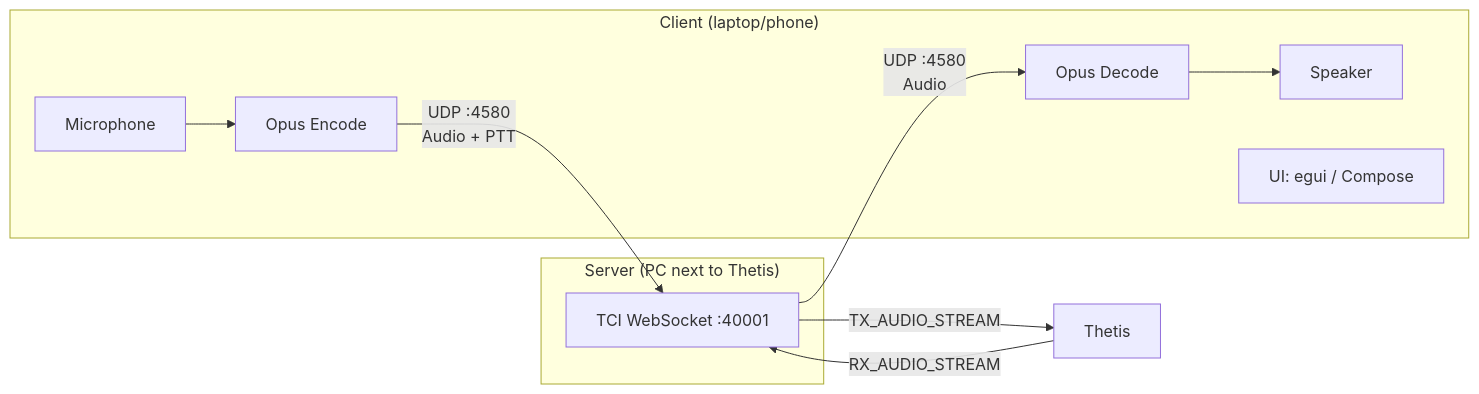
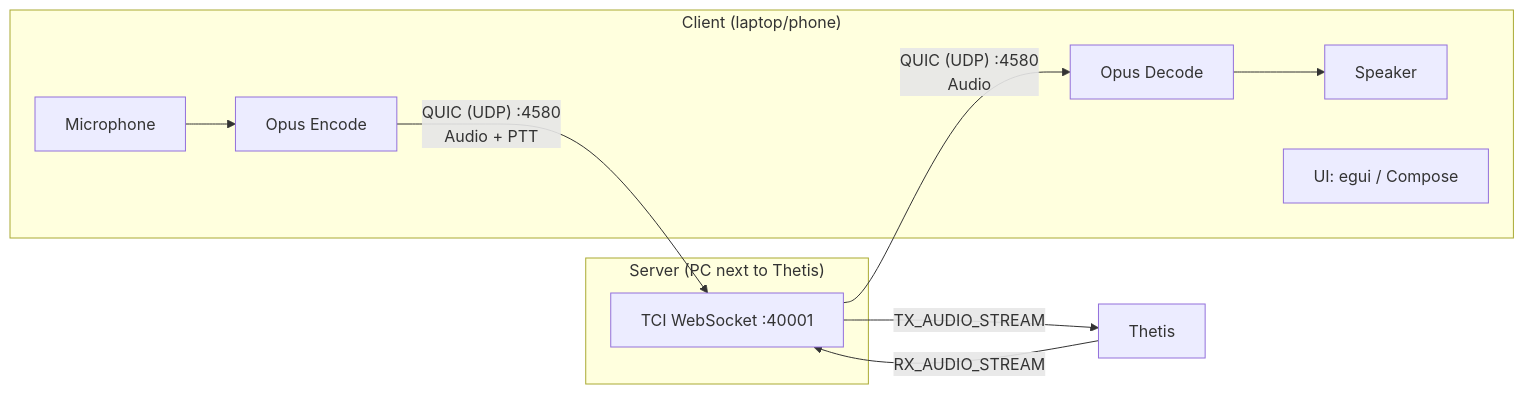
The first of 7 diagrams in Technical-Reference.md (cjenschede/ThetisLink), drawn with Mermaid before and after one commit. The commit also changed other lines of this file and 185 other files, not shown here.

````diff
--- a/Technical-Reference.md
+++ b/Technical-Reference.md
@@ -250,15 +278,15 @@
 ```mermaid
 flowchart LR
     subgraph Client["Client (laptop/phone)"]
         Mic[Microphone] --> OpusEnc[Opus Encode]
         OpusDec[Opus Decode] --> Speaker[Speaker]
         UI[UI: egui / Compose]
     end
     subgraph Server["Server (PC next to Thetis)"]
         TCI["TCI WebSocket :40001"]
     end
-    OpusEnc -->|"UDP :4580<br>Audio + PTT"| TCI
-    TCI -->|"UDP :4580<br>Audio"| OpusDec
+    OpusEnc -->|"QUIC (UDP) :4580<br>Audio + PTT"| TCI
+    TCI -->|"QUIC (UDP) :4580<br>Audio"| OpusDec
     TCI -->|TX_AUDIO_STREAM| Thetis[Thetis]
     Thetis -->|RX_AUDIO_STREAM| TCI
 ```
````
